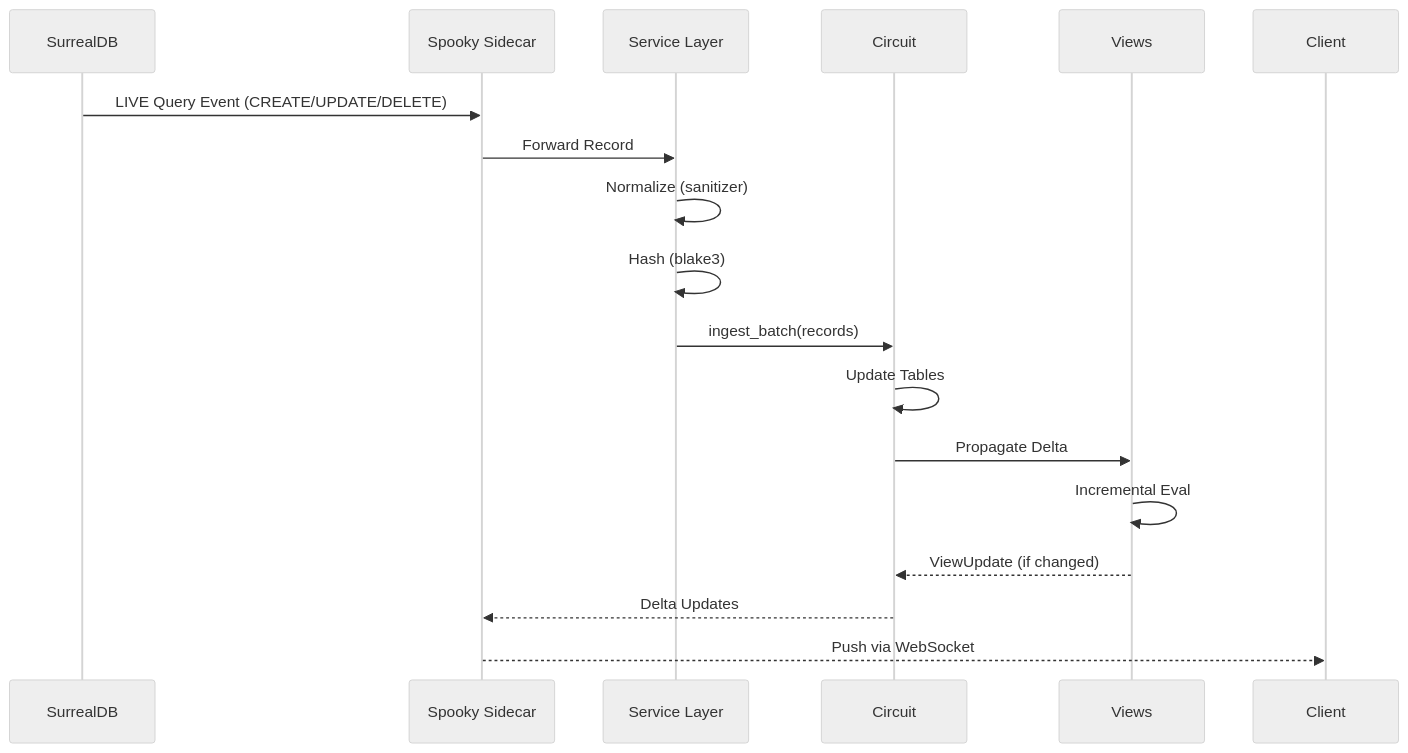
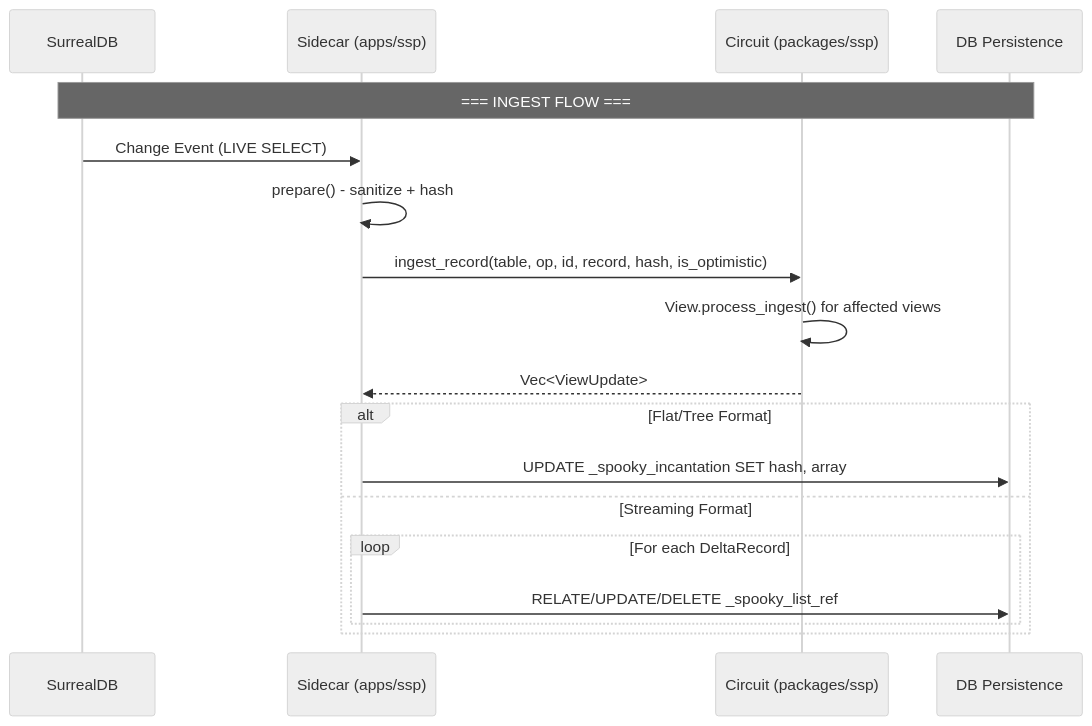
Before and after one commit to mono424/spooky: the diagram in packages/ssp/README.md, drawn with Mermaid (neutral theme). The commit also changed other lines of this file, not shown here.

Commit message:
docs: Revamp SSP README, simplifying the overview and adding detailed communication flow, traffic object definitions, and debug log information.

````diff
--- a/packages/ssp/README.md
+++ b/packages/ssp/README.md
@@ -72,21 +21,23 @@
 ```mermaid
 sequenceDiagram
-    participant SDB as SurrealDB
-    participant SC as Spooky Sidecar
-    participant SVC as Service Layer
-    participant C as Circuit
-    participant V as Views
-    participant APP as Client
+    participant DB as SurrealDB
+    participant SC as Sidecar (apps/ssp)
+    participant DBSP as Circuit (packages/ssp)
+    participant OUT as DB Persistence
+
+    Note over DB,OUT: === INGEST FLOW ===
     
-    SDB->>SC: LIVE Query Event (CREATE/UPDATE/DELETE)
-    SC->>SVC: Forward Record
-    SVC->>SVC: Normalize (sanitizer)
-    SVC->>SVC: Hash (blake3)
-    SVC->>C: ingest_batch(records)
-    C->>C: Update Tables
-    C->>V: Propagate Delta
-    V->>V: Incremental Eval
-    V-->>C: ViewUpdate (if changed)
-    C-->>SC: Delta Updates
-    SC-->>APP: Push via WebSocket
+    DB->>SC: Change Event (LIVE SELECT)
+    SC->>SC: prepare() - sanitize + hash
+    SC->>DBSP: ingest_record(table, op, id, record, hash, is_optimistic)
+    DBSP->>DBSP: View.process_ingest() for affected views
+    DBSP-->>SC: Vec<ViewUpdate>
+    
+    alt Flat/Tree Format
+        SC->>OUT: UPDATE _spooky_incantation SET hash, array
+    else Streaming Format
+        loop For each DeltaRecord
+            SC->>OUT: RELATE/UPDATE/DELETE _spooky_list_ref
+        end
+    end
 ```
````
